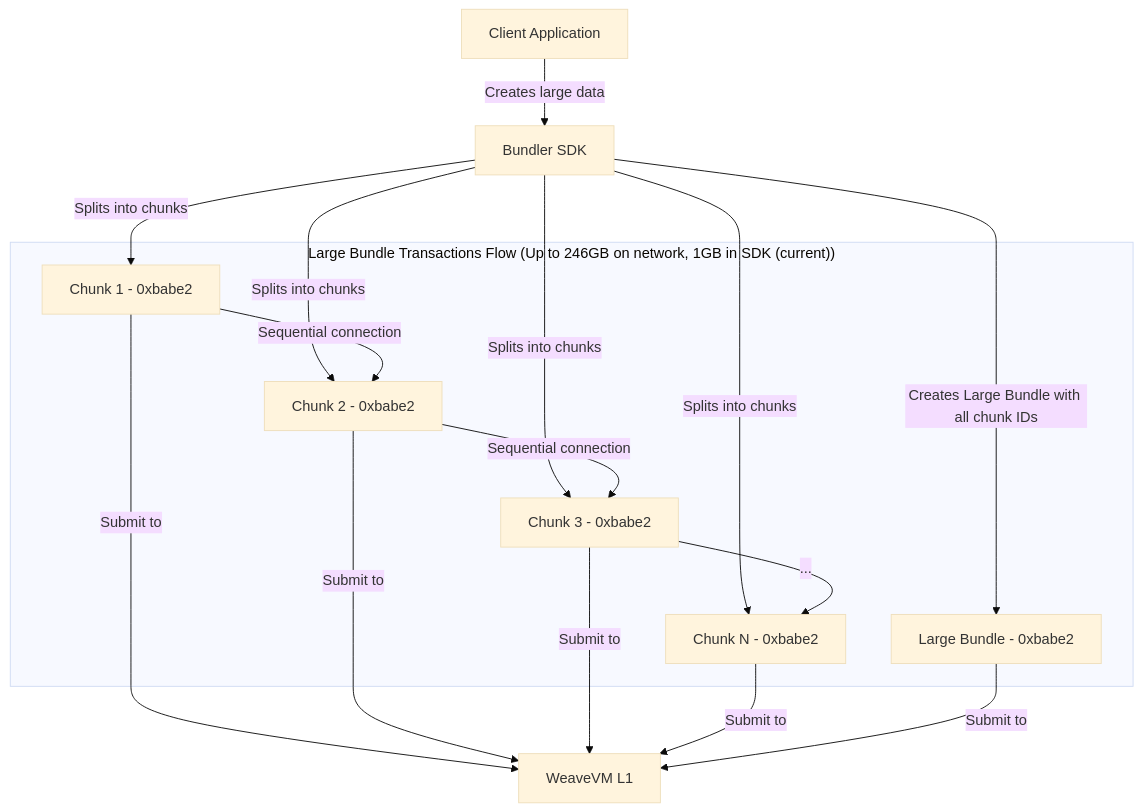
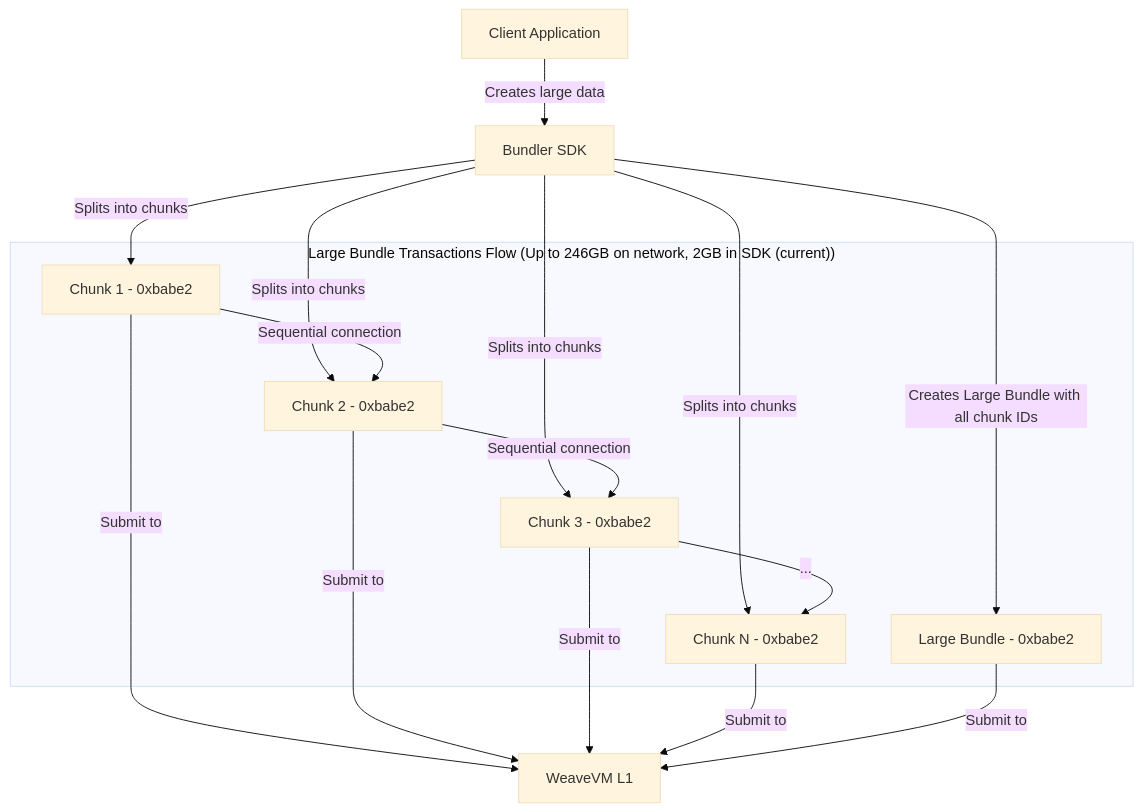
The third of 3 diagrams in README.md (weaveVM/bundler), drawn with Mermaid (base theme) before and after one commit. The commit also changed other lines of this file, not shown here.

Commit message:
docs: update to new SDK datalimit - 2GB

````diff
--- a/README.md
+++ b/README.md
@@ -170,28 +170,28 @@
 ```mermaid
 graph TD
     Client[Client Application] --> |Creates large data| Bundler[Bundler SDK]
     Bundler --> |Splits into chunks| Chunk1[Chunk 1 - 0xbabe2]
     Bundler --> |Splits into chunks| Chunk2[Chunk 2 - 0xbabe2]
     Bundler --> |Splits into chunks| Chunk3[Chunk 3 - 0xbabe2]
     Bundler --> |Splits into chunks| ChunkN[Chunk N - 0xbabe2]
     
     Chunk1 --> |Sequential connection| Chunk2
     Chunk2 --> |Sequential connection| Chunk3
     Chunk3 --> |...| ChunkN
     
     Chunk1 --> |Submit to| WeaveVML1[WeaveVM L1]
     Chunk2 --> |Submit to| WeaveVML1
     Chunk3 --> |Submit to| WeaveVML1
     ChunkN --> |Submit to| WeaveVML1
     
     Bundler --> |Creates Large Bundle with all chunk IDs| RefBundle[Large Bundle - 0xbabe2]
     RefBundle --> |Submit to| WeaveVML1
     
-    subgraph "Large Bundle Transactions Flow (Up to 246GB on network, 1GB in SDK (current))"
+    subgraph "Large Bundle Transactions Flow (Up to 246GB on network, 2GB in SDK (current))"
         Chunk1
         Chunk2
         Chunk3
         ChunkN
         RefBundle
     end
 ```
````
